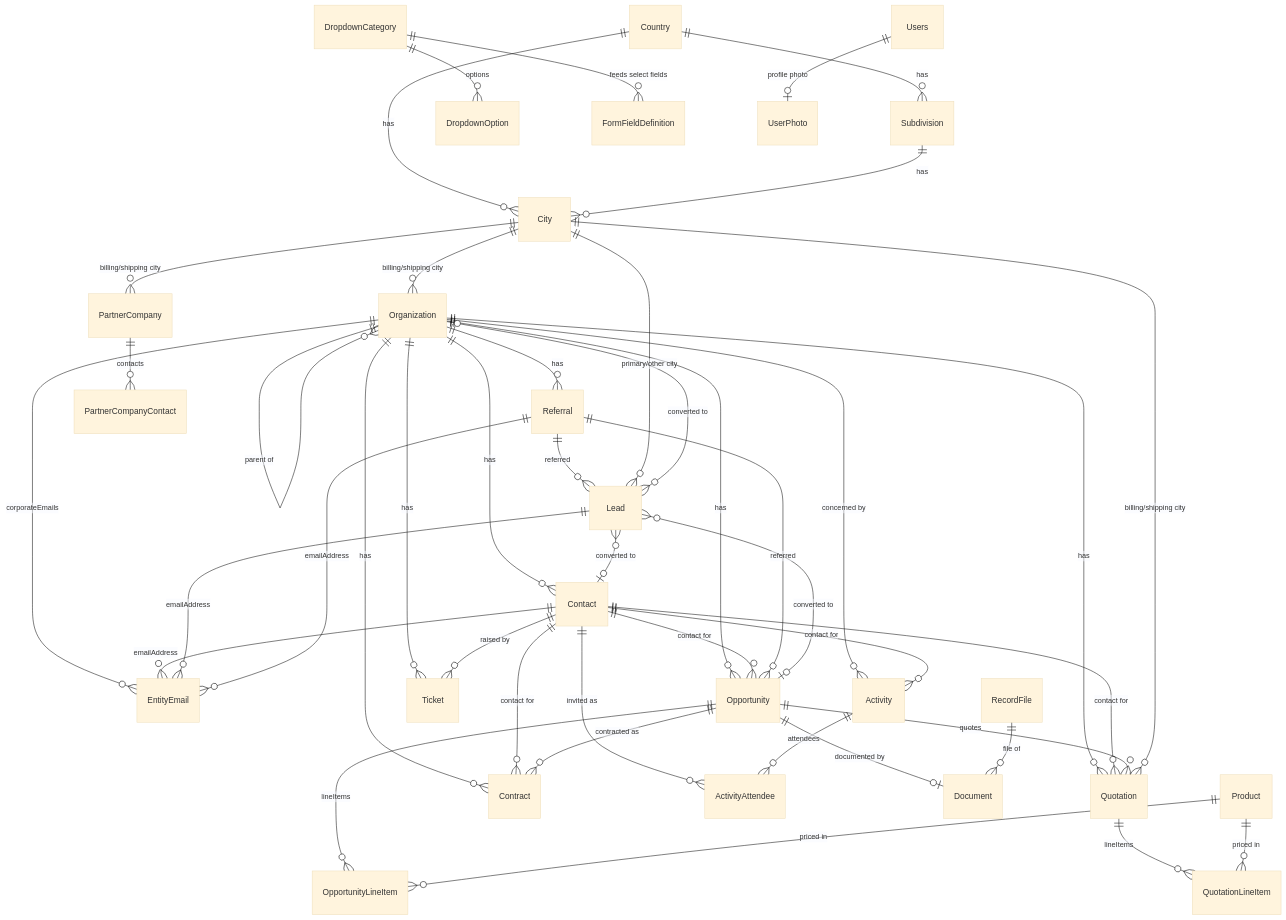
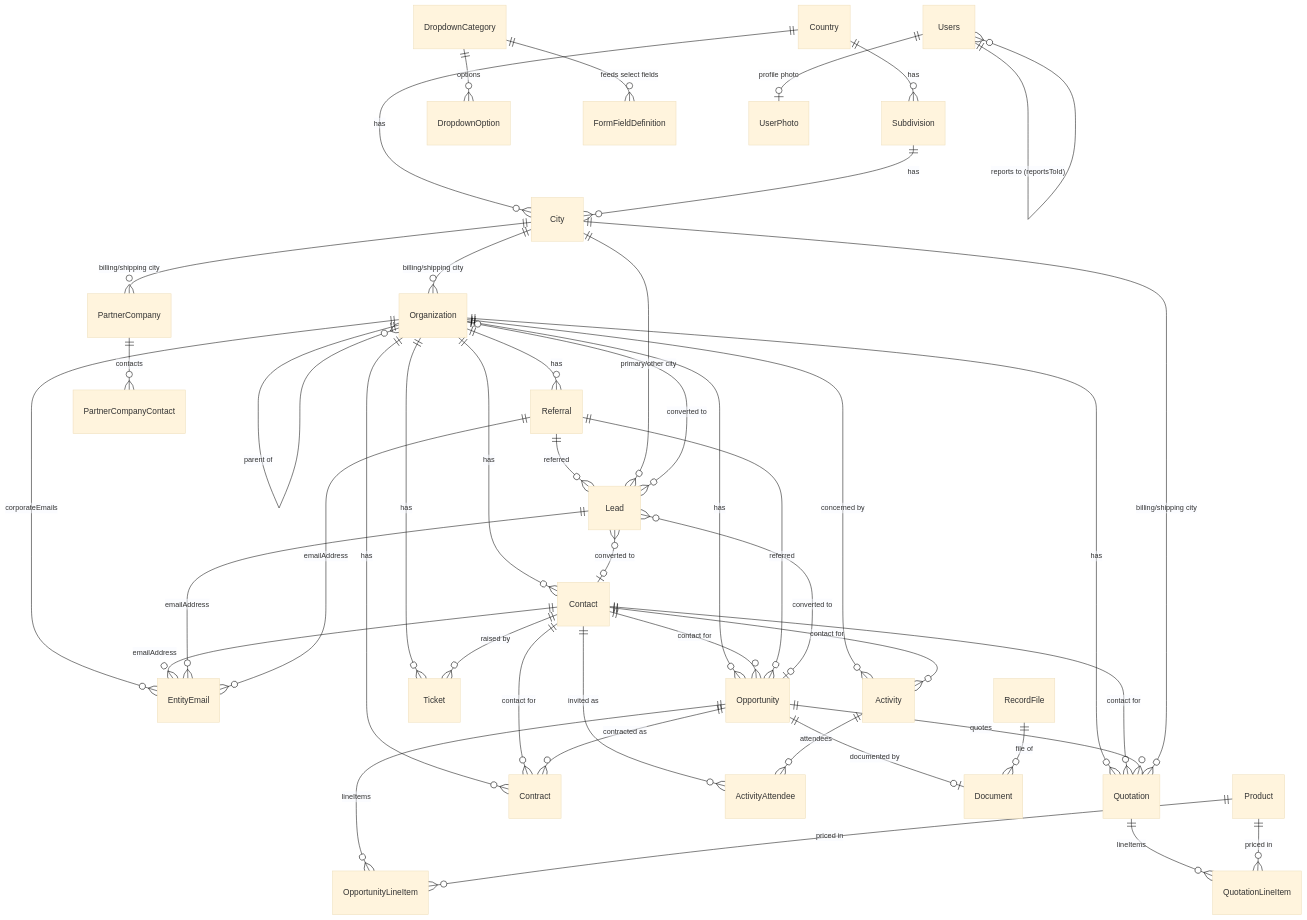
The diagram in docs/database-design.md (shivansh14503/nandini-crm), drawn with Mermaid (base theme) before and after one commit. The commit also changed other lines of this file and 68 other files, not shown here.

First line of the commit message:
Admin › Users: add, edit, deactivate, reset password; job title and reports to

````diff
--- a/docs/database-design.md
+++ b/docs/database-design.md
@@ -77,46 +77,47 @@
 ```mermaid
 erDiagram
     Organization ||--o{ Organization : "parent of"
     Organization ||--o{ EntityEmail : "corporateEmails"
     Organization ||--o{ Contact : has
     Organization ||--o{ Opportunity : has
     Organization ||--o{ Quotation : has
     Organization ||--o{ Ticket : has
     Organization ||--o{ Contract : has
     Organization ||--o{ Activity : "concerned by"
     Organization ||--o{ Referral : has
     Contact ||--o{ EntityEmail : emailAddress
     Contact ||--o{ Opportunity : "contact for"
     Contact ||--o{ Quotation : "contact for"
     Contact ||--o{ Ticket : "raised by"
     Contact ||--o{ Contract : "contact for"
     Contact ||--o{ Activity : "contact for"
     Contact ||--o{ ActivityAttendee : "invited as"
     Activity ||--o{ ActivityAttendee : attendees
     Lead ||--o{ EntityEmail : emailAddress
     Referral ||--o{ EntityEmail : emailAddress
     Referral ||--o{ Lead : "referred"
     Referral ||--o{ Opportunity : "referred"
     Lead }o--o| Organization : "converted to"
     Lead }o--o| Contact : "converted to"
     Lead }o--o| Opportunity : "converted to"
     Opportunity ||--o{ OpportunityLineItem : lineItems
     Opportunity ||--o{ Quotation : quotes
     Opportunity ||--o{ Contract : "contracted as"
     Opportunity ||--o| Document : "documented by"
     RecordFile ||--o{ Document : "file of"
     Quotation ||--o{ QuotationLineItem : lineItems
     Product ||--o{ OpportunityLineItem : "priced in"
     Product ||--o{ QuotationLineItem : "priced in"
     PartnerCompany ||--o{ PartnerCompanyContact : contacts
     Country ||--o{ Subdivision : has
     Country ||--o{ City : has
     Subdivision ||--o{ City : has
     City ||--o{ Organization : "billing/shipping city"
     City ||--o{ Lead : "primary/other city"
     City ||--o{ Quotation : "billing/shipping city"
     City ||--o{ PartnerCompany : "billing/shipping city"
     DropdownCategory ||--o{ DropdownOption : options
     DropdownCategory ||--o{ FormFieldDefinition : "feeds select fields"
     Users ||--o| UserPhoto : "profile photo"
+    Users ||--o{ Users : "reports to (reportsToId)"
 ```
````
